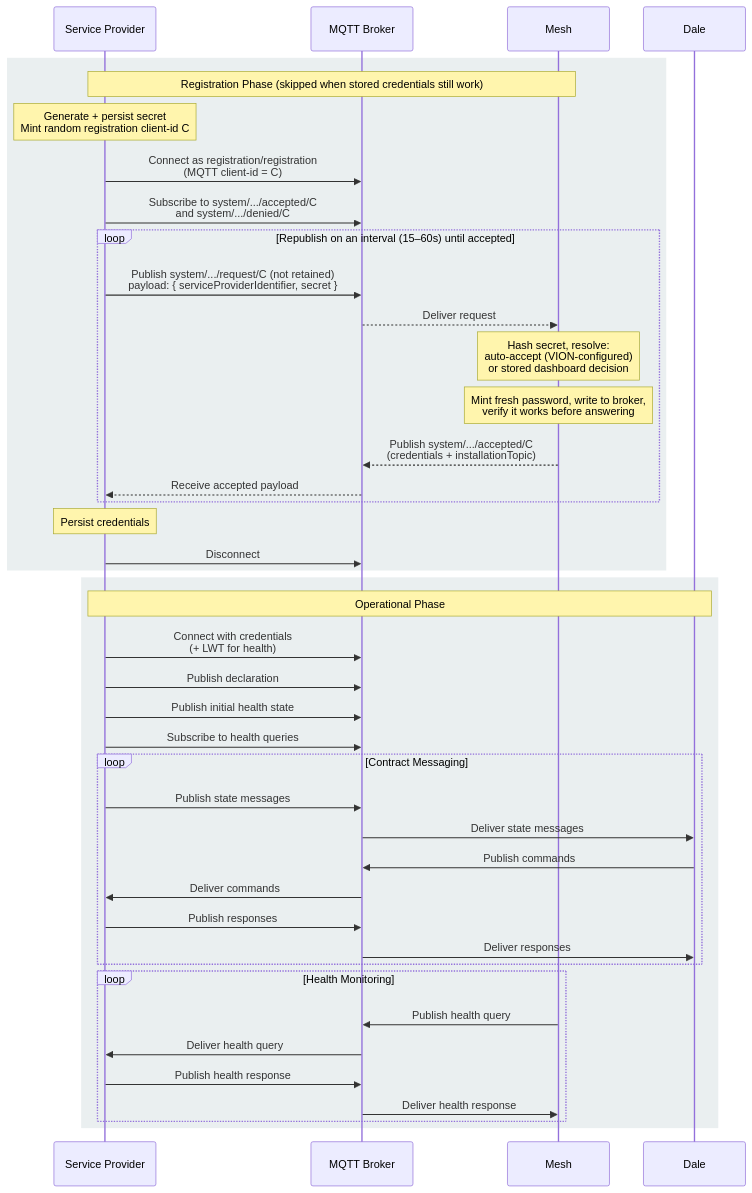
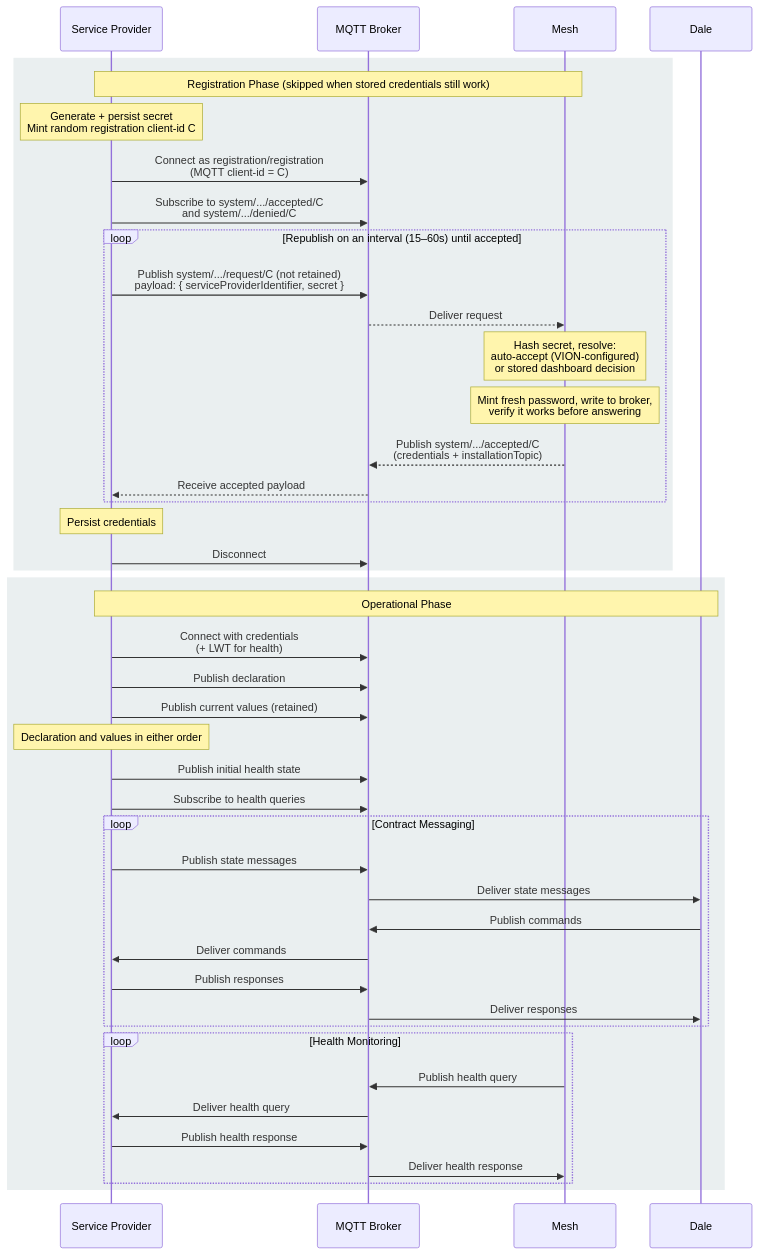
The second of 2 diagrams in docs/sdk/service-provider-protocol.md (VION-IoT/documentation), drawn with Mermaid before and after one commit. The commit also changed other lines of this file and 1 other file, not shown here.

````diff
--- a/docs/sdk/service-provider-protocol.md
+++ b/docs/sdk/service-provider-protocol.md
@@ -658,48 +658,50 @@
 ```mermaid
 sequenceDiagram
     participant SP as Service Provider
     participant B as MQTT Broker
     participant M as Mesh
     participant D as Dale
 
     rect rgb(50, 101, 108, 0.1)
     Note over SP,M: Registration Phase (skipped when stored credentials still work)
     Note over SP: Generate + persist secret<br/>Mint random registration client-id C
     SP->>B: Connect as registration/registration<br/>(MQTT client-id = C)
     SP->>B: Subscribe to system/.../accepted/C<br/>and system/.../denied/C
     loop Republish on an interval (15–60s) until accepted
     SP->>B: Publish system/.../request/C (not retained)<br/>payload: { serviceProviderIdentifier, secret }
     B-->>M: Deliver request
     Note over M: Hash secret, resolve:<br/>auto-accept (VION-configured)<br/>or stored dashboard decision
     Note over M: Mint fresh password, write to broker,<br/>verify it works before answering
     M-->>B: Publish system/.../accepted/C<br/>(credentials + installationTopic)
     B-->>SP: Receive accepted payload
     end
     Note over SP: Persist credentials
     SP->>B: Disconnect
     end
 
     rect rgb(50, 101, 108, 0.1)
     Note over SP,D: Operational Phase
     SP->>B: Connect with credentials<br/>(+ LWT for health)
     SP->>B: Publish declaration
+    SP->>B: Publish current values (retained)
+    Note over SP: Declaration and values in either order
     SP->>B: Publish initial health state
     SP->>B: Subscribe to health queries
 
     loop Contract Messaging
         SP->>B: Publish state messages
         B->>D: Deliver state messages
         D->>B: Publish commands
         B->>SP: Deliver commands
         SP->>B: Publish responses
         B->>D: Deliver responses
     end
 
     loop Health Monitoring
         M->>B: Publish health query
         B->>SP: Deliver health query
         SP->>B: Publish health response
         B->>M: Deliver health response
     end
     end
 ```
````
